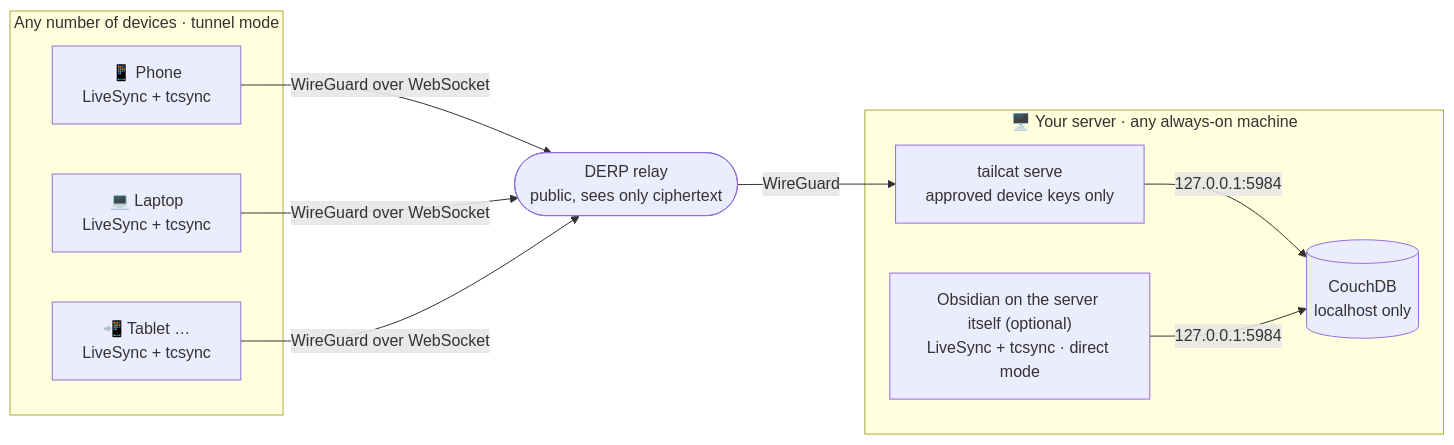
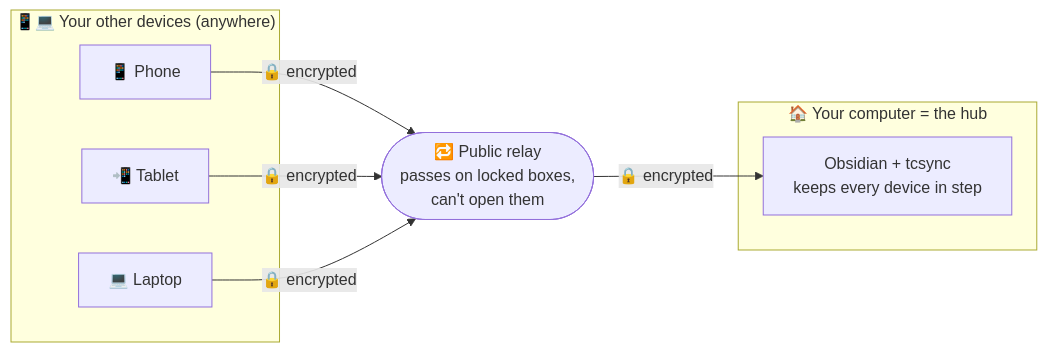
Before and after one commit to englishcompiler/tcsync: the first of 2 diagrams in README.md, drawn with Mermaid. The commit also changed other lines of this file and 6 other files, not shown here.

First line of the commit message:
docs: plug-and-play hub mode; release 0.2.0

````diff
--- a/README.md
+++ b/README.md
@@ -9,16 +9,16 @@
 ```mermaid
 flowchart LR
-  subgraph DEVICES["Any number of devices · tunnel mode"]
-    P1["📱 Phone<br/>LiveSync + tcsync"]
-    P2["💻 Laptop<br/>LiveSync + tcsync"]
-    P3["📲 Tablet …<br/>LiveSync + tcsync"]
+  subgraph YOU["📱💻 Your other devices (anywhere)"]
+    P["📱 Phone"]
+    T["📲 Tablet"]
+    L["💻 Laptop"]
   end
-  P1 -- "WireGuard over WebSocket" --> DERP(["DERP relay<br/>public, sees only ciphertext"])
-  P2 -- "WireGuard over WebSocket" --> DERP
-  P3 -- "WireGuard over WebSocket" --> DERP
-  subgraph SERVER["🖥️ Your server · any always-on machine"]
-    SERVE["tailcat serve<br/>approved device keys only"] -- "127.0.0.1:5984" --> DB[("CouchDB<br/>localhost only")]
-    LOCAL["Obsidian on the server itself (optional)<br/>LiveSync + tcsync · direct mode"] -- "127.0.0.1:5984" --> DB
+  R(["🔁 Public relay<br/>passes on locked boxes,<br/>can't open them"])
+  subgraph HOME["🏠 Your computer = the hub"]
+    H["Obsidian + tcsync<br/>keeps every device in step"]
   end
-  DERP -- "WireGuard" --> SERVE
+  P -- "🔒 encrypted" --> R
+  T -- "🔒 encrypted" --> R
+  L -- "🔒 encrypted" --> R
+  R -- "🔒 encrypted" --> H
 ```
````
